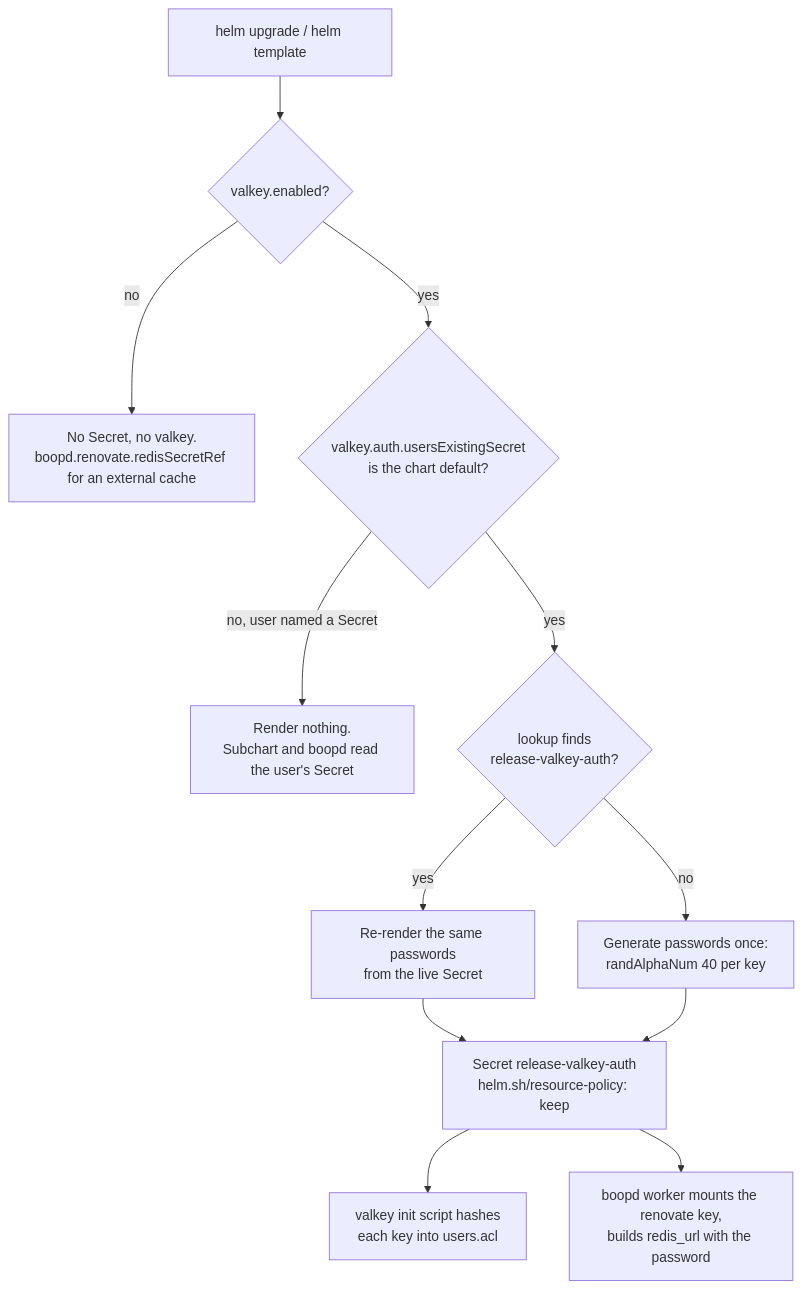
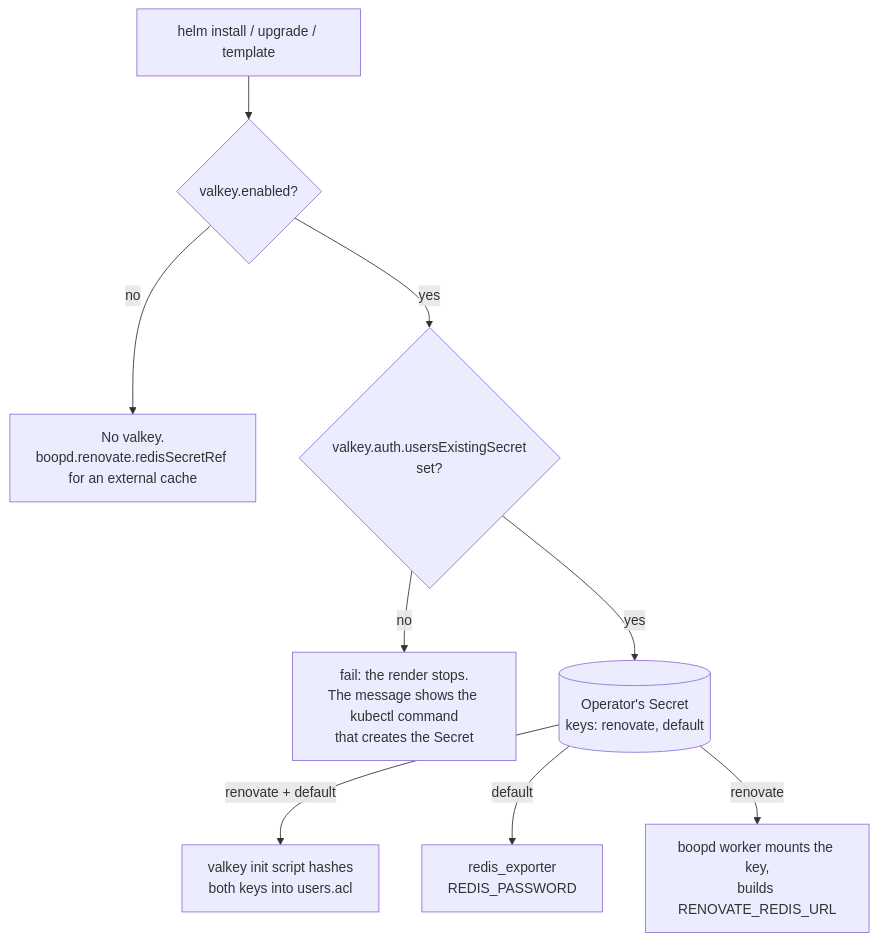
One commit to donaldgifford/boop changed the second of 2 diagrams in docs/design/0002-valkey-as-the-bundled-renovate-cache.md. Above: the diagram before and after it, drawn with Mermaid. The commit also changed other lines of this file, not shown here.

````diff
--- a/docs/design/0002-valkey-as-the-bundled-renovate-cache.md
+++ b/docs/design/0002-valkey-as-the-bundled-renovate-cache.md
@@ -220,14 +248,11 @@
 ```mermaid
 flowchart TD
-    A[helm upgrade / helm template] --> B{valkey.enabled?}
-    B -- no --> X[No Secret, no valkey.<br/>boopd.renovate.redisSecretRef for an external cache]
-    B -- yes --> C{valkey.auth.usersExistingSecret<br/>is the chart default?}
-    C -- no, user named a Secret --> U[Render nothing.<br/>Subchart and boopd read the user's Secret]
-    C -- yes --> L{lookup finds<br/>release-valkey-auth?}
-    L -- yes --> K[Re-render the same passwords<br/>from the live Secret]
-    L -- no --> G[Generate passwords once:<br/>randAlphaNum 40 per key]
-    K --> S[Secret release-valkey-auth<br/>helm.sh/resource-policy: keep]
-    G --> S
-    S --> V[valkey init script hashes<br/>each key into users.acl]
-    S --> W[boopd worker mounts the renovate key,<br/>builds redis_url with the password]
+    A[helm install / upgrade / template] --> B{valkey.enabled?}
+    B -- no --> X[No valkey.<br/>boopd.renovate.redisSecretRef for an external cache]
+    B -- yes --> C{valkey.auth.usersExistingSecret<br/>set?}
+    C -- no --> F[fail: the render stops.<br/>The message shows the kubectl command<br/>that creates the Secret]
+    C -- yes --> D[(Operator's Secret<br/>keys: renovate, default)]
+    D -- renovate + default --> V[valkey init script hashes<br/>both keys into users.acl]
+    D -- default --> E[redis_exporter<br/>REDIS_PASSWORD]
+    D -- renovate --> W[boopd worker mounts the key,<br/>builds RENOVATE_REDIS_URL]
 ```
````
